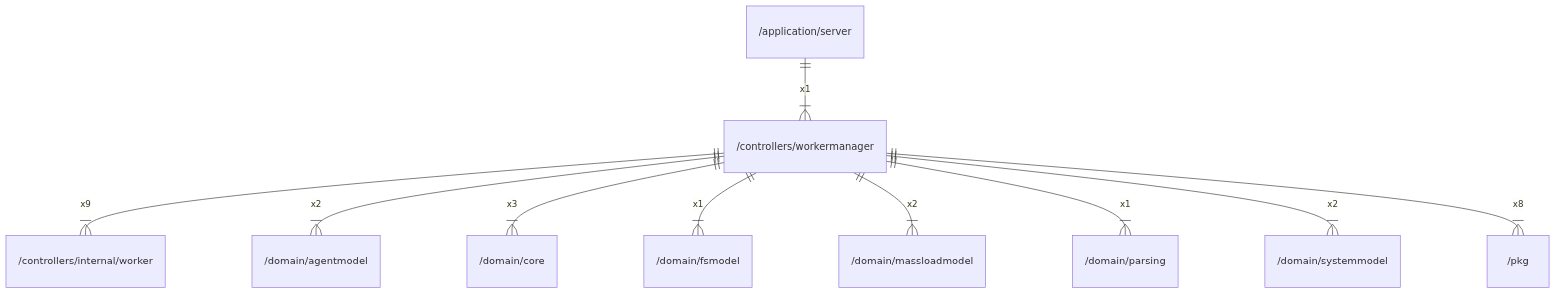
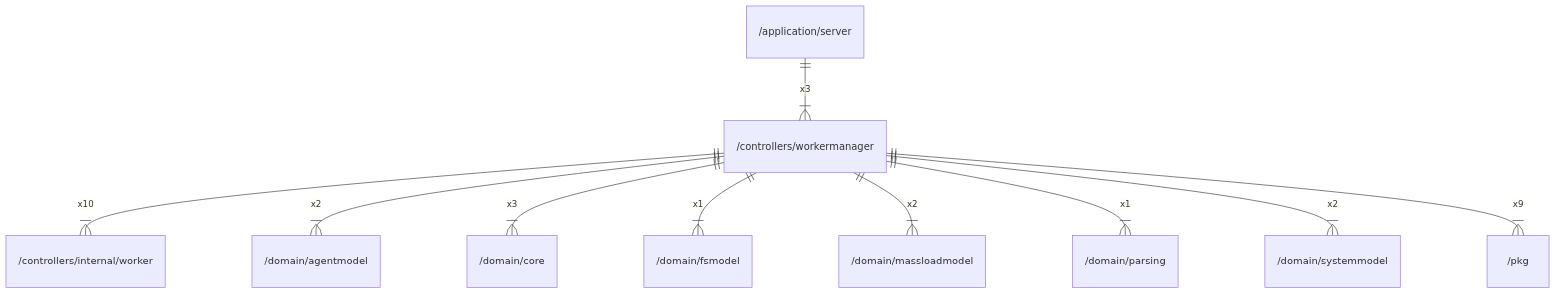
One commit to gbh007/hgraber-next changed the diagram in docs/arch/controllers/workermanager.md. Above: the diagram before and after it, drawn with Mermaid. The commit also changed other lines of this file and 52 other files, not shown here.

````diff
--- a/docs/arch/controllers/workermanager.md
+++ b/docs/arch/controllers/workermanager.md
@@ -30,12 +30,12 @@
 ```mermaid
 erDiagram
-    "/application/server" ||--|{ "/controllers/workermanager" : x1
-    "/controllers/workermanager" ||--|{ "/controllers/internal/worker" : x9
+    "/application/server" ||--|{ "/controllers/workermanager" : x3
+    "/controllers/workermanager" ||--|{ "/controllers/internal/worker" : x10
     "/controllers/workermanager" ||--|{ "/domain/agentmodel" : x2
     "/controllers/workermanager" ||--|{ "/domain/core" : x3
     "/controllers/workermanager" ||--|{ "/domain/fsmodel" : x1
     "/controllers/workermanager" ||--|{ "/domain/massloadmodel" : x2
     "/controllers/workermanager" ||--|{ "/domain/parsing" : x1
     "/controllers/workermanager" ||--|{ "/domain/systemmodel" : x2
-    "/controllers/workermanager" ||--|{ "/pkg" : x8
+    "/controllers/workermanager" ||--|{ "/pkg" : x9
 ```
````
